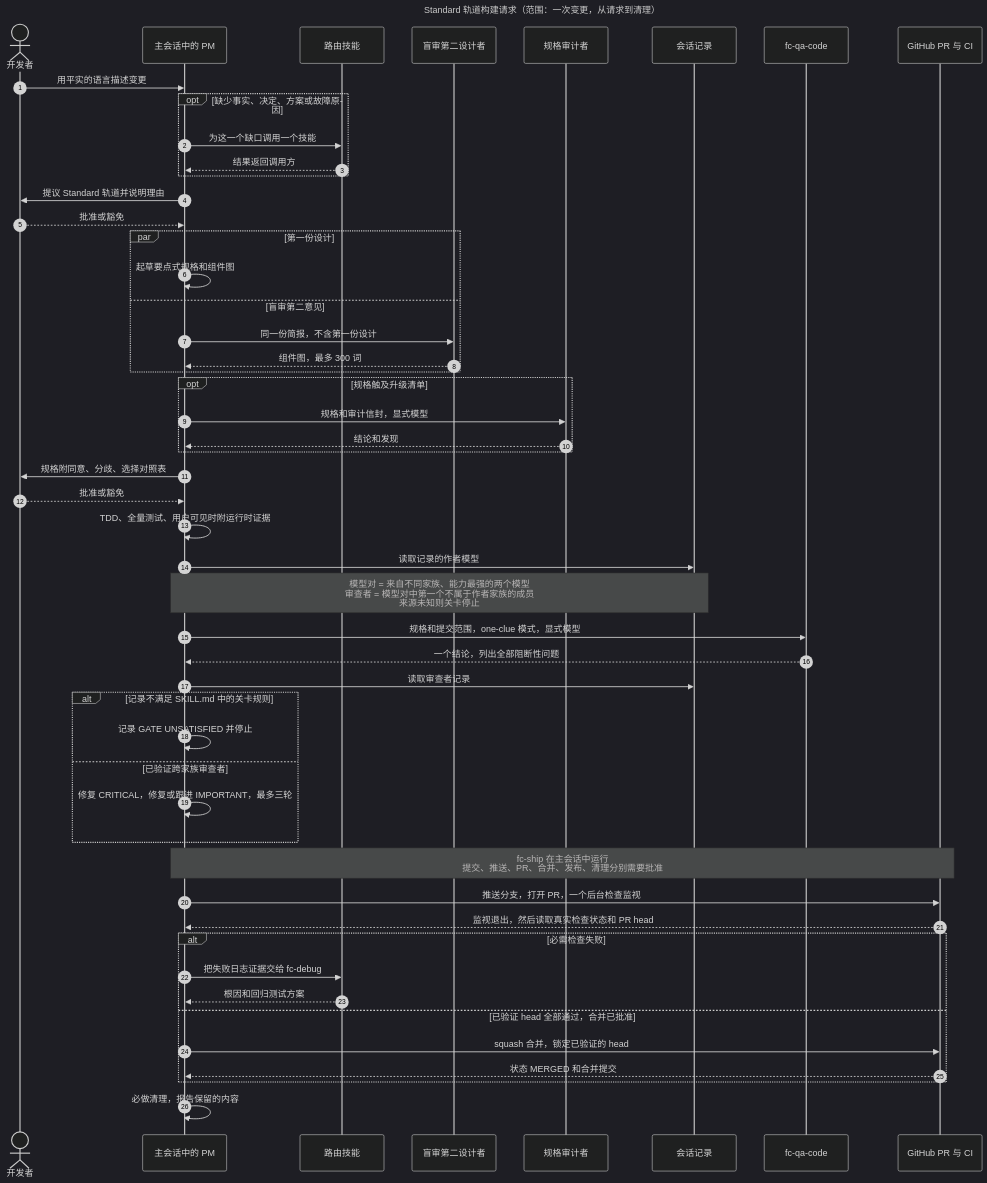
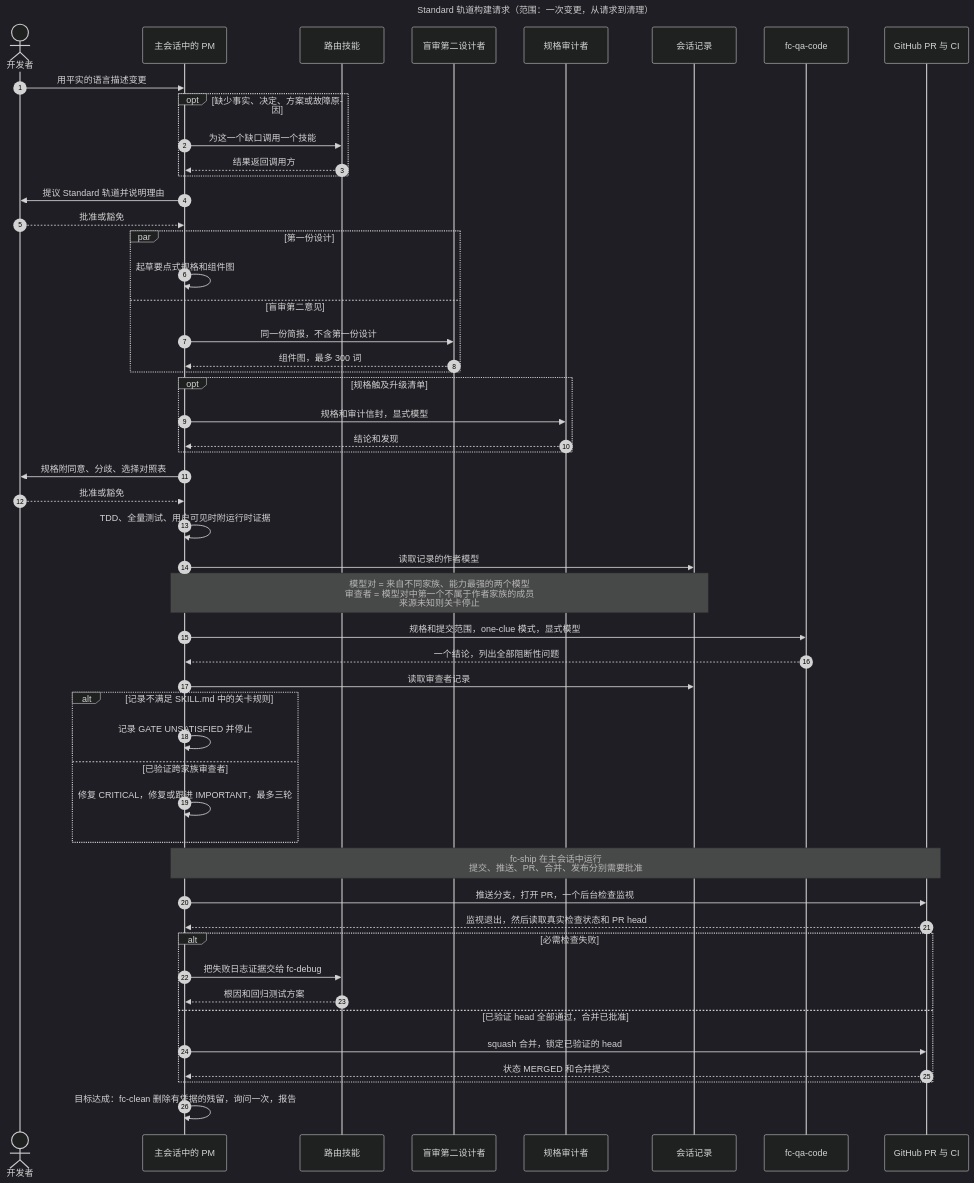
The second of 2 diagrams in wiki/Architecture-zh-CN.md (D0n9X1n/feature-crew), drawn with Mermaid (dark theme) before and after one commit. The commit also changed other lines of this file and 15 other files, not shown here.

````diff
--- a/wiki/Architecture-zh-CN.md
+++ b/wiki/Architecture-zh-CN.md
@@ -73,56 +76,56 @@
 ```mermaid
 ---
 title: "Standard 轨道构建请求（范围：一次变更，从请求到清理）"
 ---
 sequenceDiagram
     autonumber
     actor Dev as 开发者
     participant PM as 主会话中的 PM
     participant Sub as 路由技能
     participant SD as 盲审第二设计者
     participant Aud as 规格审计者
     participant Rec as 会话记录
     participant QA as fc-qa-code
     participant GH as GitHub PR 与 CI
     Dev->>PM: 用平实的语言描述变更
     opt 缺少事实、决定、方案或故障原因
         PM->>Sub: 为这一个缺口调用一个技能
         Sub-->>PM: 结果返回调用方
     end
     PM->>Dev: 提议 Standard 轨道并说明理由
     Dev-->>PM: 批准或豁免
     par 第一份设计
         PM->>PM: 起草要点式规格和组件图
     and 盲审第二意见
         PM->>SD: 同一份简报，不含第一份设计
         SD-->>PM: 组件图，最多 300 词
     end
     opt 规格触及升级清单
         PM->>Aud: 规格和审计信封，显式模型
         Aud-->>PM: 结论和发现
     end
     PM->>Dev: 规格附同意、分歧、选择对照表
     Dev-->>PM: 批准或豁免
     PM->>PM: TDD、全量测试、用户可见时附运行时证据
     PM->>Rec: 读取记录的作者模型
     Note over PM,Rec: 模型对 = 来自不同家族、能力最强的两个模型<br/>审查者 = 模型对中第一个不属于作者家族的成员<br/>来源未知则关卡停止
     PM->>QA: 规格和提交范围，one-clue 模式，显式模型
     QA-->>PM: 一个结论，列出全部阻断性问题
     PM->>Rec: 读取审查者记录
     alt 记录不满足 SKILL.md 中的关卡规则
         PM->>PM: 记录 GATE UNSATISFIED 并停止
     else 已验证跨家族审查者
         PM->>PM: 修复 CRITICAL，修复或跟进 IMPORTANT，最多三轮
     end
-    Note over PM,GH: fc-ship 在主会话中运行<br/>提交、推送、PR、合并、发布、清理分别需要批准
+    Note over PM,GH: fc-ship 在主会话中运行<br/>提交、推送、PR、合并、发布分别需要批准
     PM->>GH: 推送分支，打开 PR，一个后台检查监视
     GH-->>PM: 监视退出，然后读取真实检查状态和 PR head
     alt 必需检查失败
         PM->>Sub: 把失败日志证据交给 fc-debug
         Sub-->>PM: 根因和回归测试方案
     else 已验证 head 全部通过，合并已批准
         PM->>GH: squash 合并，锁定已验证的 head
         GH-->>PM: 状态 MERGED 和合并提交
     end
-    PM->>PM: 必做清理，报告保留的内容
+    PM->>PM: 目标达成：fc-clean 删除有凭据的残留，询问一次，报告
 ```
````
